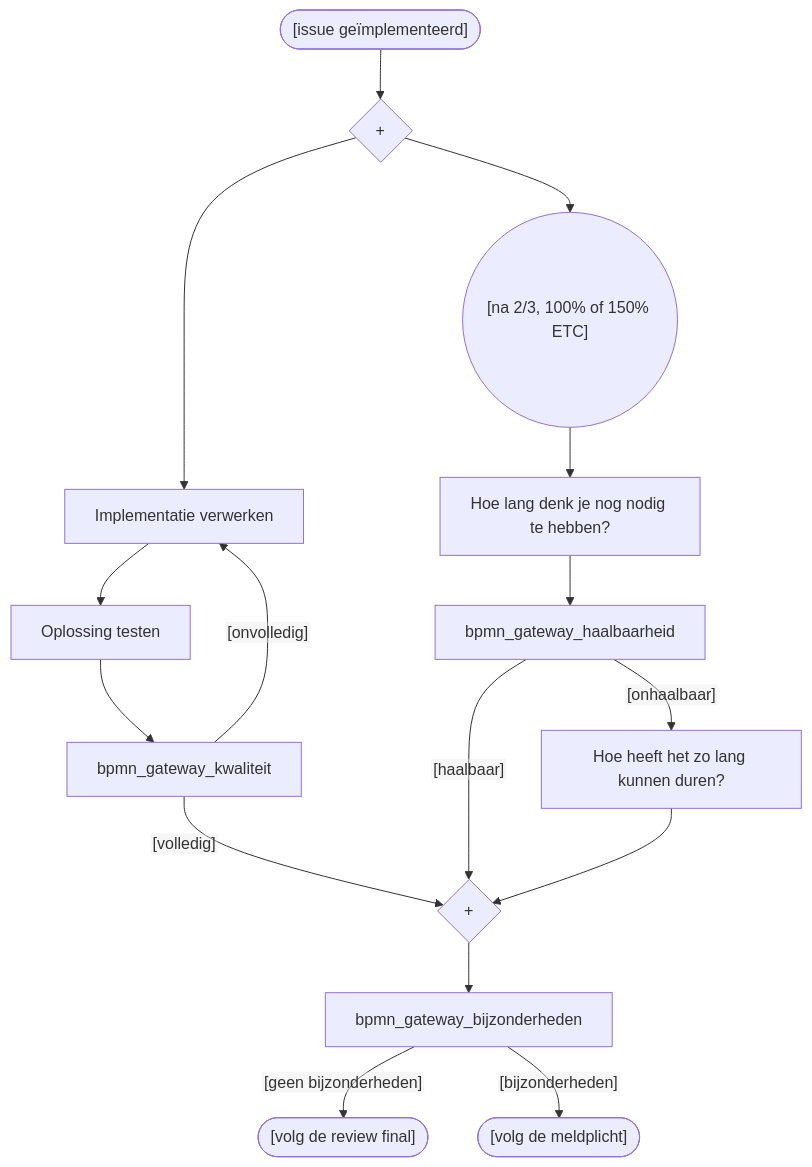
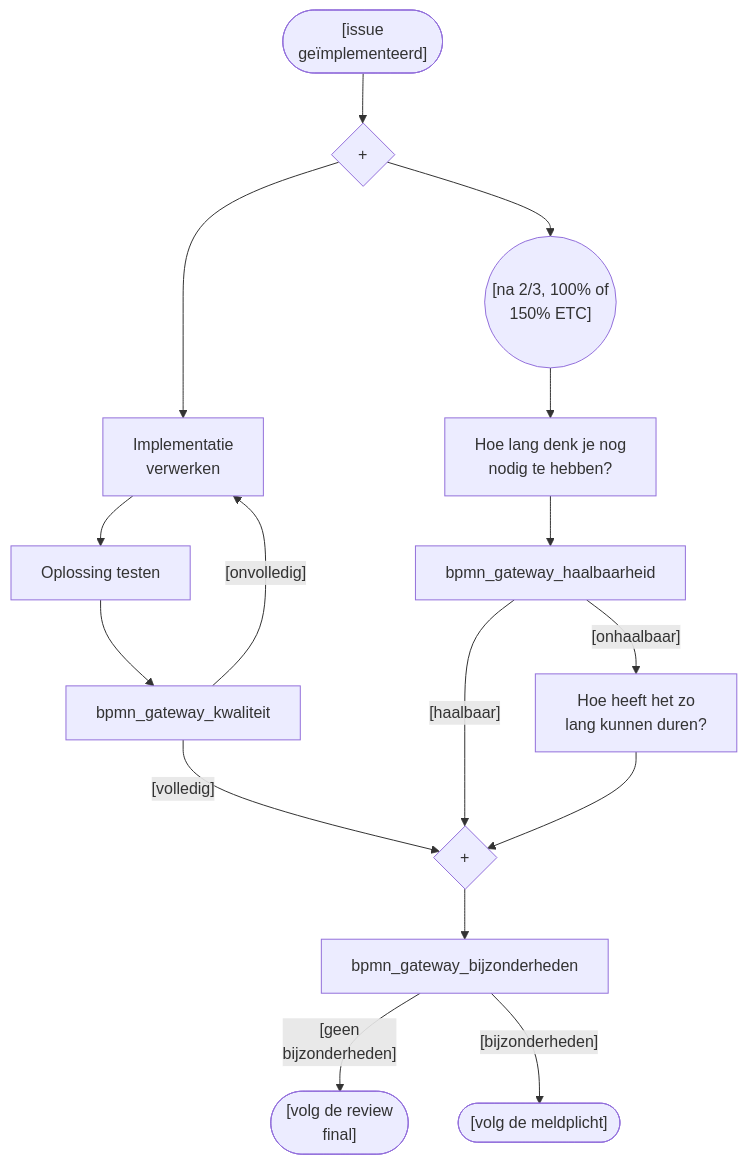
Before and after one commit to Zaibatsu89/IssueTracker: the diagram in 8 Issue Tracker test.mermaid, drawn with Mermaid. The commit also changed 14 other files, not shown here.

```diff
--- a/8 Issue Tracker test.mermaid
+++ b/8 Issue Tracker test.mermaid
@@ -1,27 +1,27 @@
-%%{init: {'theme': 'default', 'themeVariables': {'fontFamily': 'sans-serif'}, 'flowchart': {'htmlLabels': false}}}%%
+%%{init: {'theme': 'default', 'themeVariables': {'fontFamily': 'sans-serif'}, 'flowchart': {'htmlLabels': true}}}%%
 flowchart TD
-    bpmn_start_event(["[issue geïmplementeerd]"])
+    bpmn_start_event(["[issue<br>geïmplementeerd]"])
     bpmn_gateway_fork{"+"}
-    bpmn_task_intake["Implementatie verwerken"]
+    bpmn_task_intake["Implementatie<br>verwerken"]
     bpmn_task_oplossing["Oplossing testen"]
-    bpmn_event_etc(("[na 2/3, 100% of 150% ETC]"))
-    bpmn_task_inschatting["Hoe lang denk je nog nodig te hebben?"]
-    bpmn_task_verantwoording["Hoe heeft het zo lang kunnen duren?"]
+    bpmn_event_etc(("[na 2/3, 100% of<br>150% ETC]"))
+    bpmn_task_inschatting["Hoe lang denk je nog<br>nodig te hebben?"]
+    bpmn_task_verantwoording["Hoe heeft het zo<br>lang kunnen duren?"]
     bpmn_gateway_join{"+"}
-    bpmn_end_regulier(["[volg de review final]"])
+    bpmn_end_regulier(["[volg de review<br>final]"])
     bpmn_end_bijzonderheden(["[volg de meldplicht]"])
     bpmn_gateway_kwaliteit -->|"[onvolledig]"| bpmn_task_intake
     bpmn_gateway_kwaliteit -->|"[volledig]"| bpmn_gateway_join
     bpmn_gateway_haalbaarheid -->|"[haalbaar]"| bpmn_gateway_join
     bpmn_gateway_haalbaarheid -->|"[onhaalbaar]"| bpmn_task_verantwoording
-    bpmn_gateway_bijzonderheden -->|"[geen bijzonderheden]"| bpmn_end_regulier
+    bpmn_gateway_bijzonderheden -->|"[geen<br>bijzonderheden]"| bpmn_end_regulier
     bpmn_gateway_bijzonderheden -->|"[bijzonderheden]"| bpmn_end_bijzonderheden
     bpmn_start_event --> bpmn_gateway_fork
     bpmn_gateway_fork --> bpmn_task_intake
     bpmn_gateway_fork --> bpmn_event_etc
     bpmn_task_intake --> bpmn_task_oplossing
     bpmn_task_oplossing --> bpmn_gateway_kwaliteit
     bpmn_event_etc --> bpmn_task_inschatting
     bpmn_task_inschatting --> bpmn_gateway_haalbaarheid
     bpmn_task_verantwoording --> bpmn_gateway_join
     bpmn_gateway_join --> bpmn_gateway_bijzonderheden
```
